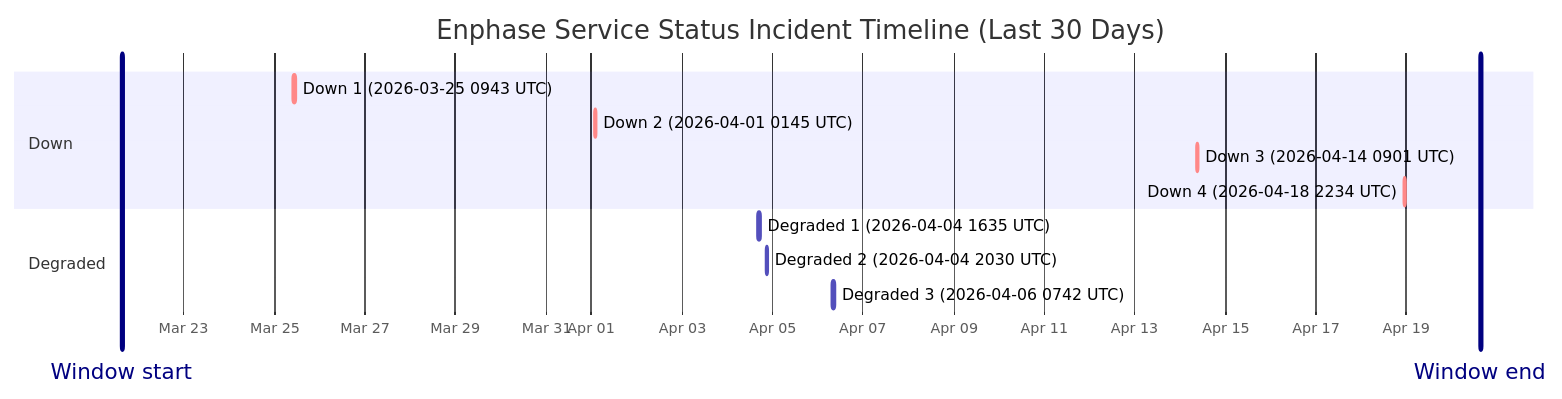
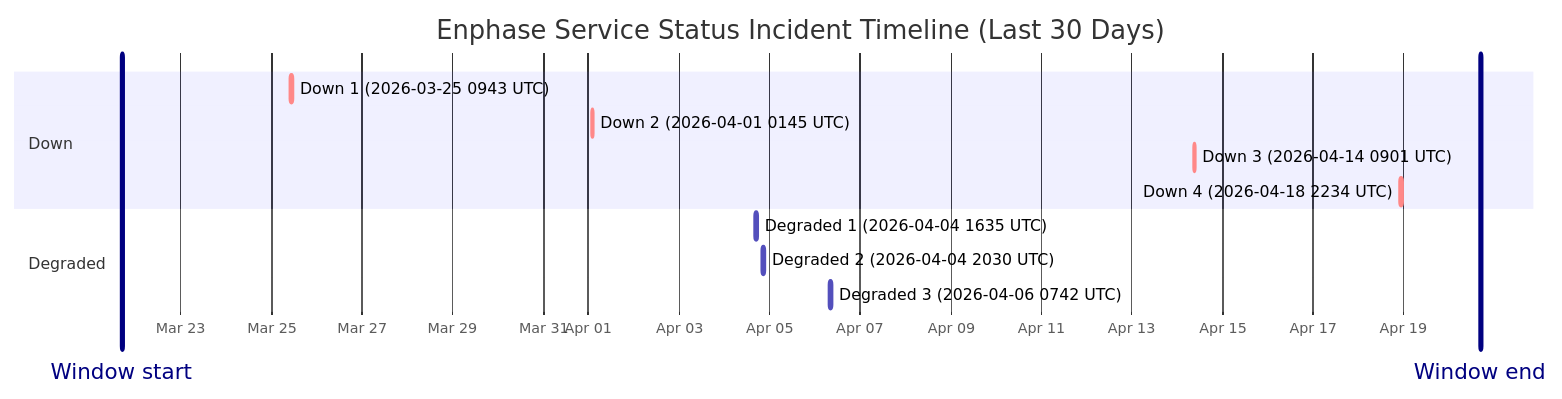
Before and after one commit to barneyonline/ha-enphase-ev-charger: the diagram in wiki/Service-Status-History.md, drawn with Mermaid. The commit also changed other lines of this file and 3 other files, not shown here.

````diff
--- a/wiki/Service-Status-History.md
+++ b/wiki/Service-Status-History.md
@@ -14,17 +14,17 @@
 ```mermaid
 gantt
     title Enphase Service Status Incident Timeline (Last 30 Days)
     dateFormat  YYYY-MM-DDTHH:mm:ss
     axisFormat  %b %d
-    Window start :vert, window-start, 2026-03-21T15:03:59, 0ms
-    Window end :vert, window-end, 2026-04-20T15:03:59, 0ms
+    Window start :vert, window-start, 2026-03-21T16:40:12, 0ms
+    Window end :vert, window-end, 2026-04-20T16:40:12, 0ms
     section Down
     Down 1 (2026-03-25 0943 UTC) :crit, down-1, 2026-03-25T09:43:28, 111m
     Down 2 (2026-04-01 0145 UTC) :crit, down-2, 2026-04-01T01:45:09, 60m
     Down 3 (2026-04-14 0901 UTC) :crit, down-3, 2026-04-14T09:01:13, 60m
     Down 4 (2026-04-18 2234 UTC) :crit, down-4, 2026-04-18T22:34:13, 60m
     section Degraded
     Degraded 1 (2026-04-04 1635 UTC) :active, degraded-1, 2026-04-04T16:35:17, 60m
     Degraded 2 (2026-04-04 2030 UTC) :active, degraded-2, 2026-04-04T20:30:40, 60m
     Degraded 3 (2026-04-06 0742 UTC) :active, degraded-3, 2026-04-06T07:42:09, 85m
 ```
````
